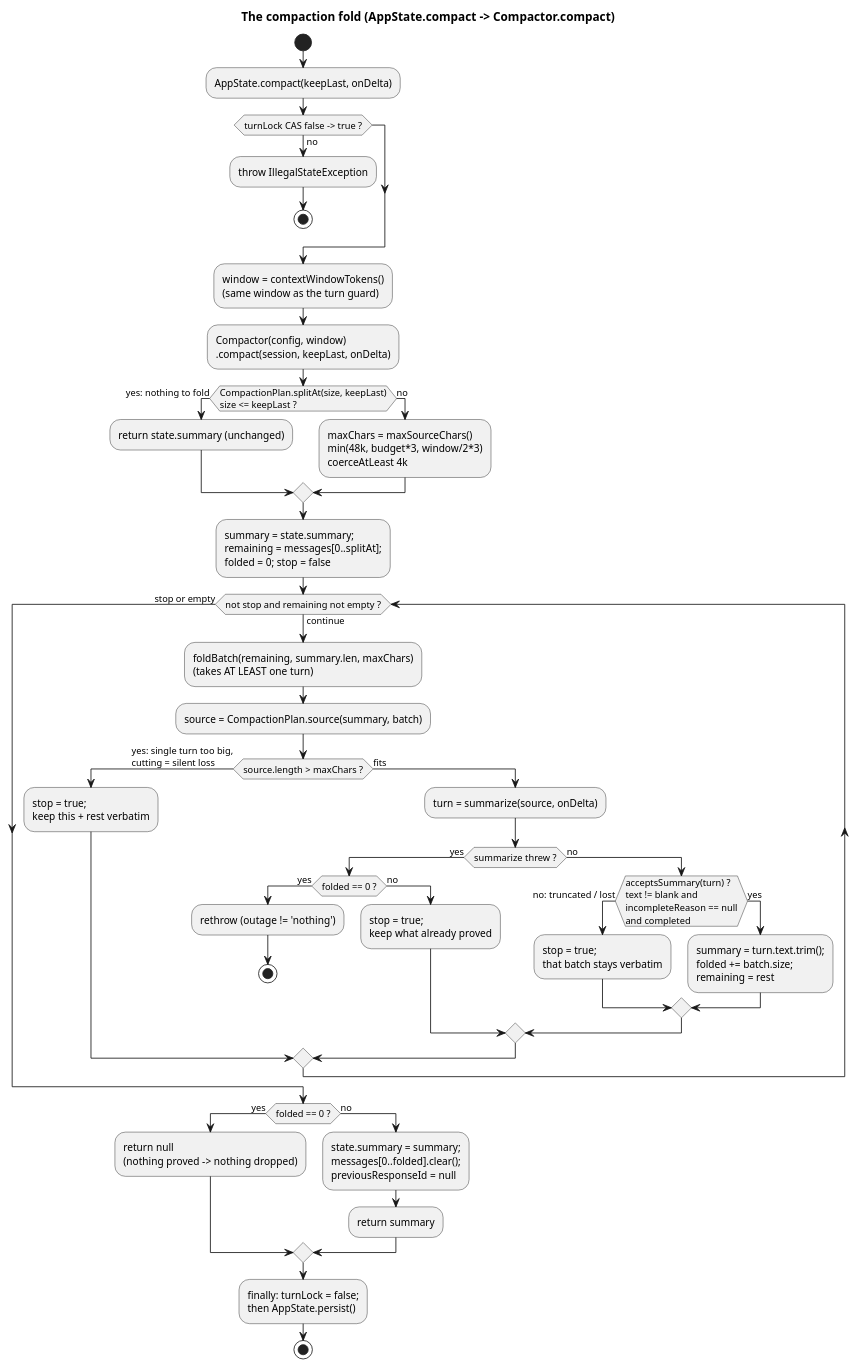
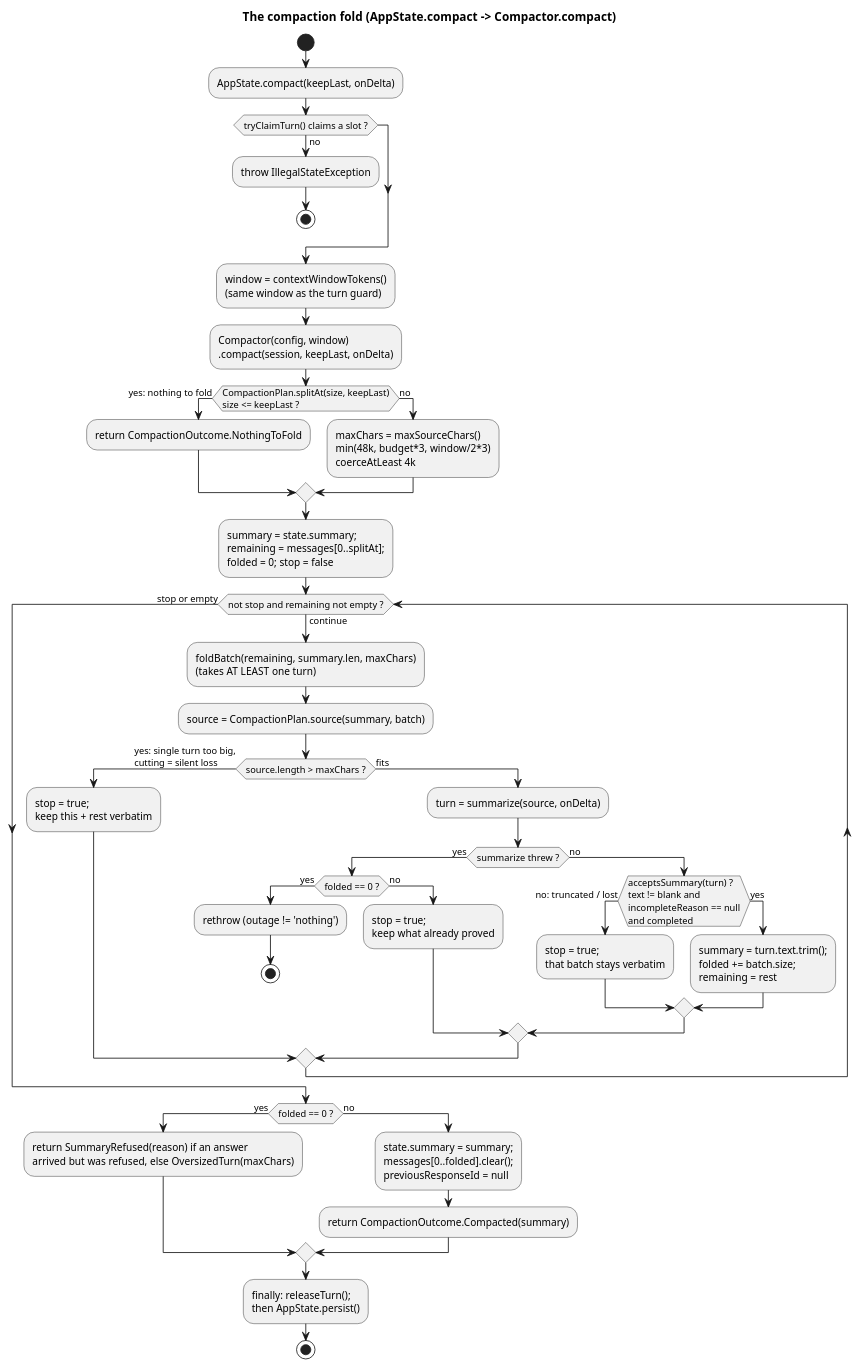
The diagram in Docs/compaction-fold.puml (jbrugman/Baudet), drawn with PlantUML before and after one commit. The commit also changed 2 other files, not shown here.

Commit message:
docs: sync PlantUML with activeTurns and CompactionOutcome
turnLock became activeTurns with tryClaimTurn/releaseTurn (turnCapacity). Compaction now returns the CompactionOutcome sum type instead of a raw summary or null. All five diagrams pass plantuml -checkonly.

```diff
--- a/Docs/compaction-fold.puml
+++ b/Docs/compaction-fold.puml
@@ -1,48 +1,48 @@
 @startuml compaction-fold
 title The compaction fold (AppState.compact -> Compactor.compact)
 start
 :AppState.compact(keepLast, onDelta);
-if (turnLock CAS false -> true ?) then (no)
+if (tryClaimTurn() claims a slot ?) then (no)
   :throw IllegalStateException;
   stop
 endif
 :window = contextWindowTokens()\n(same window as the turn guard);
 :Compactor(config, window)\n.compact(session, keepLast, onDelta);
 if (CompactionPlan.splitAt(size, keepLast)\nsize <= keepLast ?) then (yes: nothing to fold)
-  :return state.summary (unchanged);
+  :return CompactionOutcome.NothingToFold;
 else (no)
   :maxChars = maxSourceChars()\nmin(48k, budget*3, window/2*3)\ncoerceAtLeast 4k;
 endif
 :summary = state.summary;\nremaining = messages[0..splitAt];\nfolded = 0; stop = false;
 while (not stop and remaining not empty ?) is (continue)
   :foldBatch(remaining, summary.len, maxChars)\n(takes AT LEAST one turn);
   :source = CompactionPlan.source(summary, batch);
   if (source.length > maxChars ?) then (yes: single turn too big,\ncutting = silent loss)
     :stop = true;\nkeep this + rest verbatim;
   else (fits)
     :turn = summarize(source, onDelta);
     if (summarize threw ?) then (yes)
       if (folded == 0 ?) then (yes)
         :rethrow (outage != 'nothing');
         stop
       else (no)
         :stop = true;\nkeep what already proved;
       endif
     else (no)
       if (acceptsSummary(turn) ?\ntext != blank and\nincompleteReason == null\nand completed) then (no: truncated / lost)
         :stop = true;\nthat batch stays verbatim;
       else (yes)
         :summary = turn.text.trim();\nfolded += batch.size;\nremaining = rest;
       endif
     endif
   endif
 endwhile (stop or empty)
 if (folded == 0 ?) then (yes)
-  :return null\n(nothing proved -> nothing dropped);
+  :return SummaryRefused(reason) if an answer\narrived but was refused, else OversizedTurn(maxChars);
 else (no)
   :state.summary = summary;\nmessages[0..folded].clear();\npreviousResponseId = null;
-  :return summary;
+  :return CompactionOutcome.Compacted(summary);
 endif
-:finally: turnLock = false;\nthen AppState.persist();
+:finally: releaseTurn();\nthen AppState.persist();
 stop
 @enduml
```
